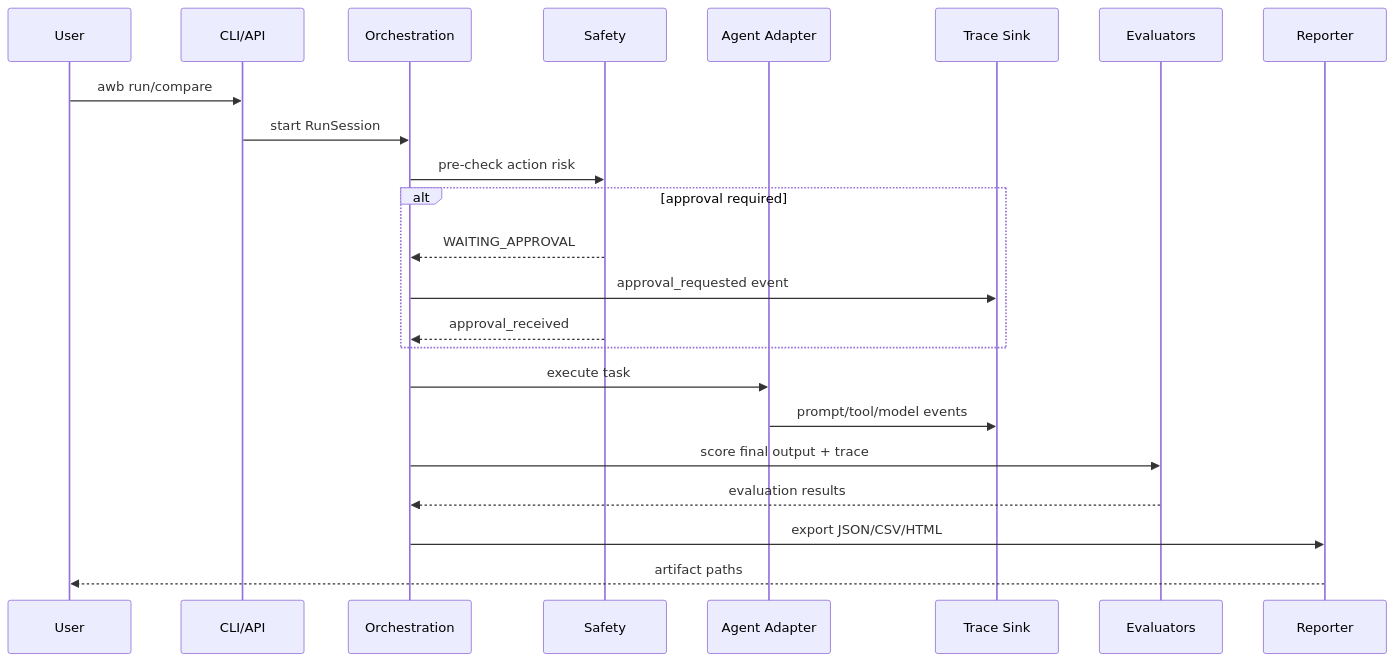
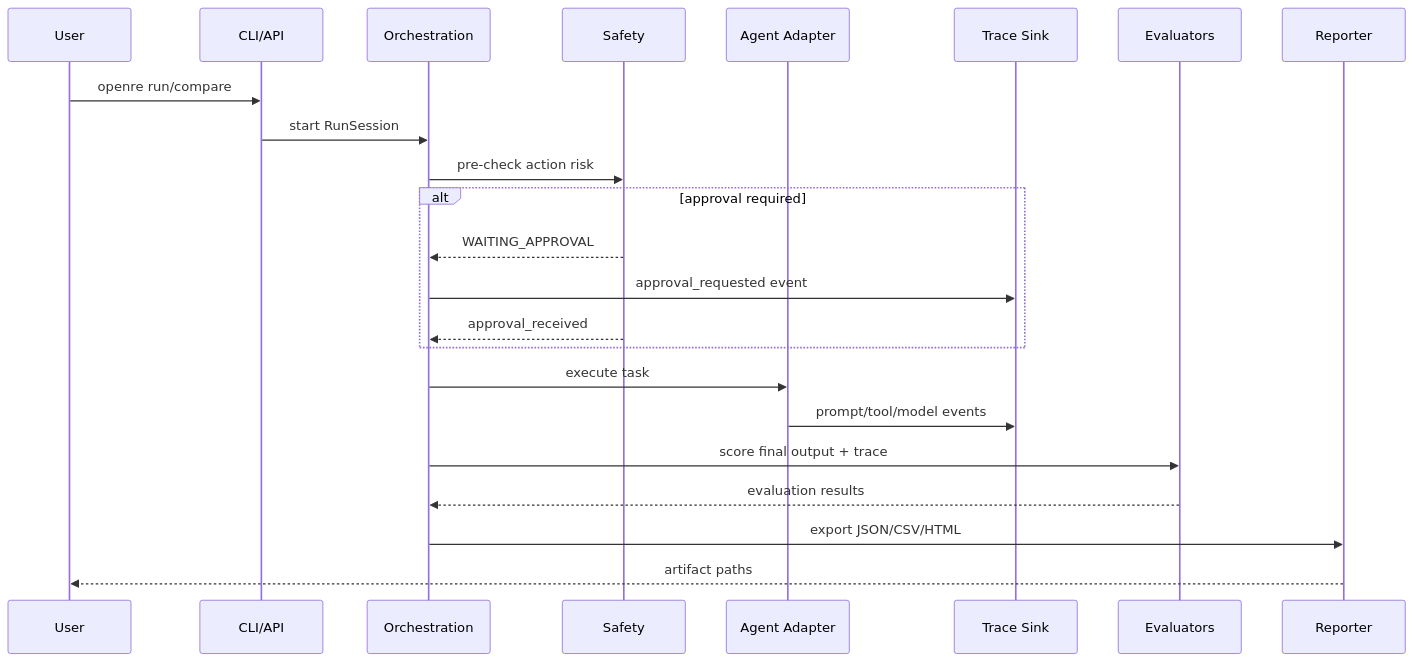
The second of 2 diagrams in docs/04_container_architecture.md (reiidoda/OpenRe), drawn with Mermaid before and after one commit. The commit also changed 40 other files, not shown here.

Commit message:
docs(product): align OpenRe vision, roadmap, and execution plan

````diff
--- a/docs/04_container_architecture.md
+++ b/docs/04_container_architecture.md
@@ -32,26 +32,26 @@
 ```mermaid
 sequenceDiagram
   participant U as User
   participant C as CLI/API
   participant O as Orchestration
   participant S as Safety
   participant A as Agent Adapter
   participant T as Trace Sink
   participant E as Evaluators
   participant R as Reporter
 
-  U->>C: awb run/compare
+  U->>C: openre run/compare
   C->>O: start RunSession
   O->>S: pre-check action risk
   alt approval required
     S-->>O: WAITING_APPROVAL
     O->>T: approval_requested event
     S-->>O: approval_received
   end
   O->>A: execute task
   A->>T: prompt/tool/model events
   O->>E: score final output + trace
   E-->>O: evaluation results
   O->>R: export JSON/CSV/HTML
   R-->>U: artifact paths
 ```
````
